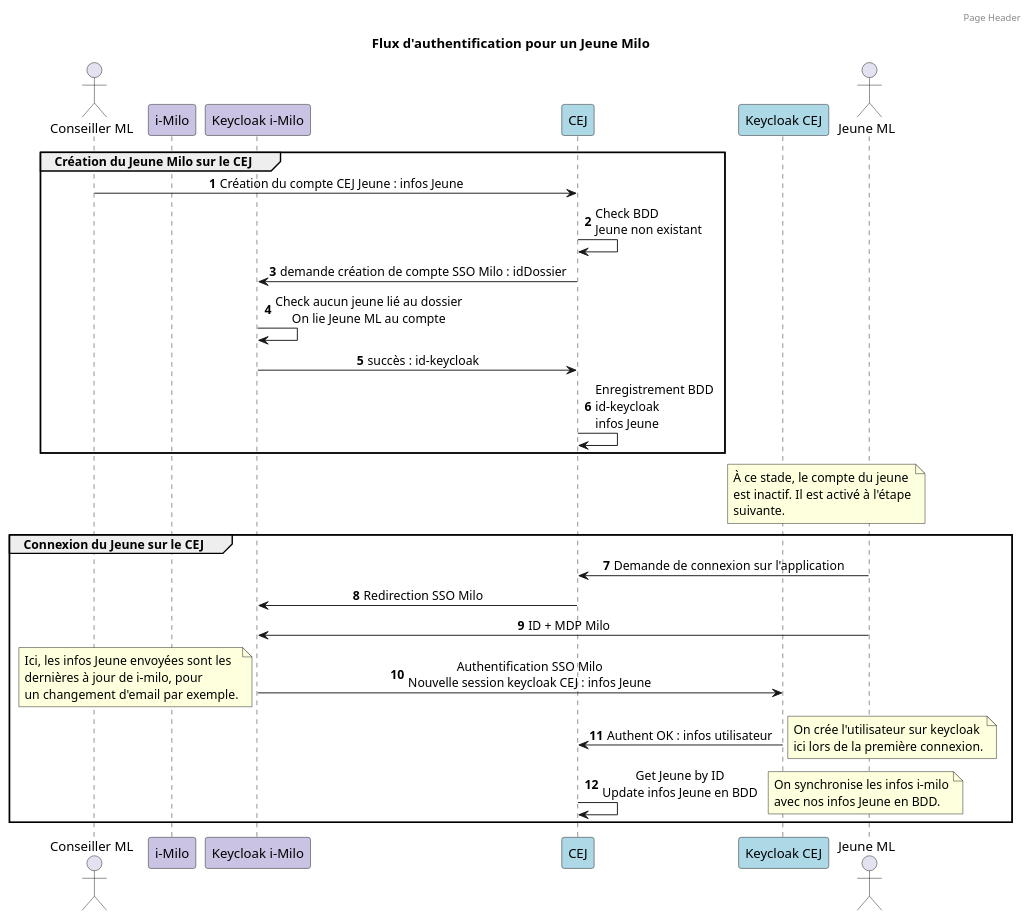
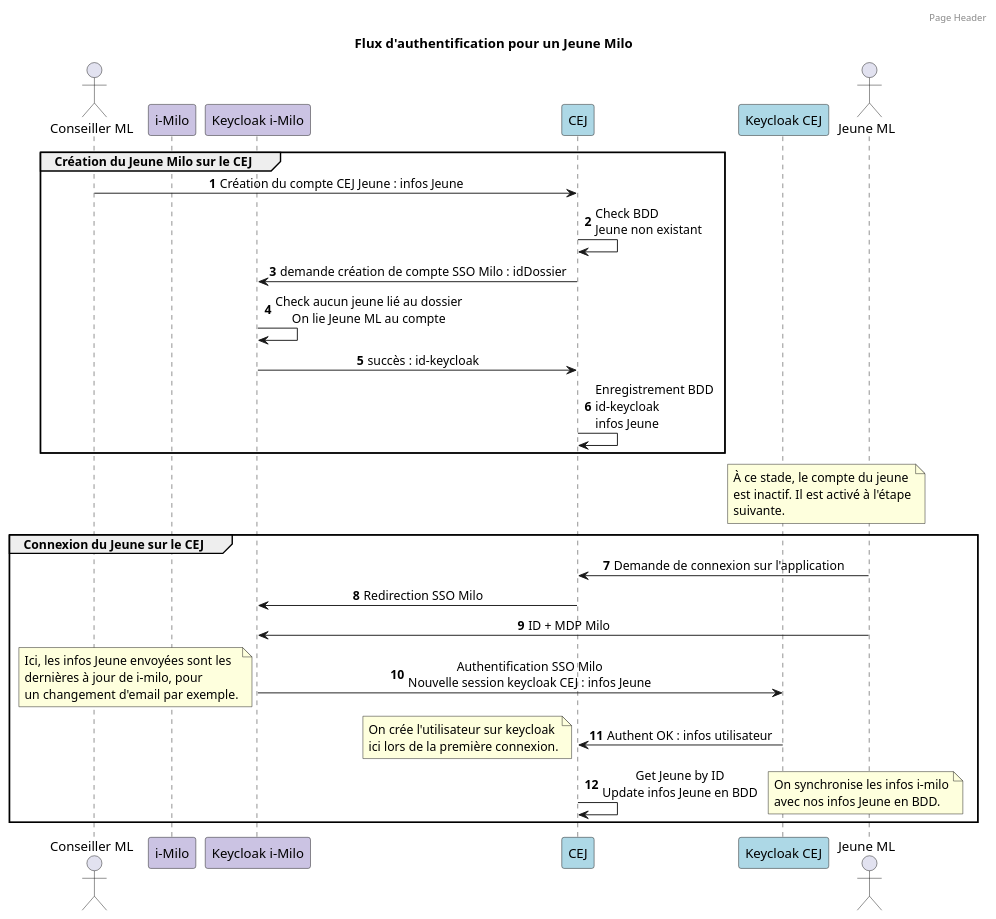
One commit to SocialGouv/pass-emploi-api changed the diagram in docs/diagrammes/authentification-flux.puml. Above: the diagram before and after it, drawn with PlantUML. The commit also changed 10 other files, not shown here.

```diff
--- a/docs/diagrammes/authentification-flux.puml
+++ b/docs/diagrammes/authentification-flux.puml
@@ -1,47 +1,47 @@
 @startuml
 
 skinparam backgroundColor white
 
 actor "Conseiller ML" as conseiller
 participant "i-Milo" as milo #CBC3E3
 participant "Keycloak i-Milo" as kckMilo 	#CBC3E3
 participant "CEJ" as cej #ADD8E6
 participant "Keycloak CEJ" as kckCej #ADD8E6
 actor "Jeune ML" as jeune
 
 header Page Header
 
 title Flux d'authentification pour un Jeune Milo
 
 autonumber
 group Création du Jeune Milo sur le CEJ
 skinparam sequenceMessageAlign right
 conseiller -> cej : Création du compte CEJ Jeune : infos Jeune
 skinparam sequenceMessageAlign left
 cej -> cej : Check BDD\nJeune non existant
 
 skinparam sequenceMessageAlign center
 cej -> kckMilo :demande création de compte SSO Milo : idDossier
 kckMilo -> kckMilo : Check aucun jeune lié au dossier\nOn lie Jeune ML au compte
 kckMilo -> cej : succès : id-keycloak
 
 skinparam sequenceMessageAlign left
 cej -> cej : Enregistrement BDD\nid-keycloak\ninfos Jeune
 end
 
 note over kckCej, jeune : À ce stade, le compte du jeune\nest inactif. Il est activé à l'étape\nsuivante.
 
 group Connexion du Jeune sur le CEJ
 skinparam sequenceMessageAlign center
 jeune -> cej : Demande de connexion sur l'application
 cej -> kckMilo : Redirection SSO Milo
 jeune -> kckMilo : ID + MDP Milo
 kckMilo -> kckCej : Authentification SSO Milo\nNouvelle session keycloak CEJ : infos Jeune
 note left : Ici, les infos Jeune envoyées sont les\ndernières à jour de i-milo, pour\nun changement d'email par exemple.
 kckCej -> cej : Authent OK : infos utilisateur
-note right : On crée l'utilisateur sur keycloak\nici lors de la première connexion.
+note left : On crée l'utilisateur sur keycloak\nici lors de la première connexion.
 cej -> cej : Get Jeune by ID\nUpdate infos Jeune en BDD
 note right : On synchronise les infos i-milo\navec nos infos Jeune en BDD.
 
 end
 @enduml
```
